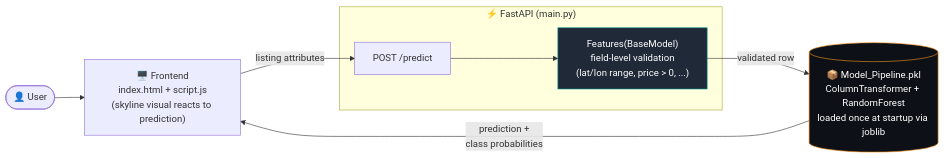
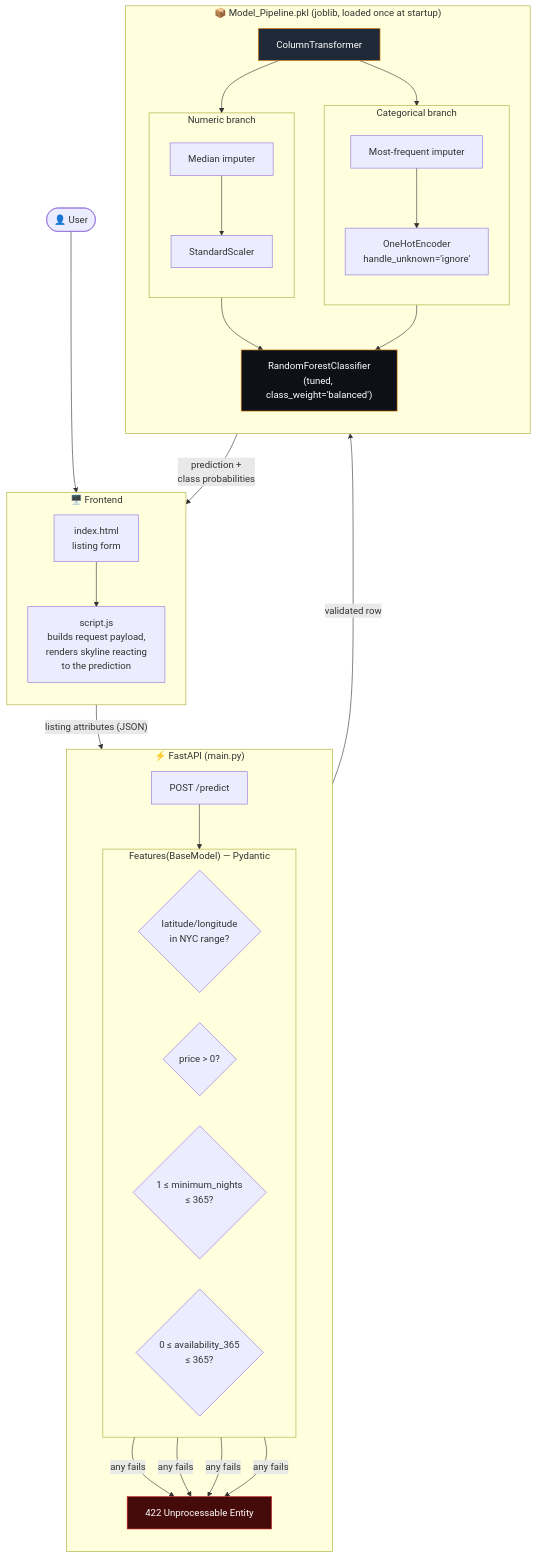
Before and after one commit to Debasish65368/NYC-Airbnb-Room-Type-Predictor: the first of 4 diagrams in Readme.md, drawn with Mermaid. The commit also changed other lines of this file, not shown here.

Commit message:
Enhance README diagrams and architecture documentation

````diff
--- a/Readme.md
+++ b/Readme.md
@@ -50,20 +50,57 @@
 ```mermaid
-flowchart LR
+flowchart TB
     User(["👤 User"])
-    FE["🖥️ Frontend\nindex.html + script.js\n(skyline visual reacts to prediction)"]
-
+    subgraph FE["🖥️ Frontend"]
+        direction TB
+        HTML["index.html\nlisting form"]
+        JS["script.js\nbuilds request payload,\nrenders skyline reacting\nto the prediction"]
+        HTML --> JS
+    end
+    
     subgraph API["⚡ FastAPI (main.py)"]
-        Pydantic["Features(BaseModel)\nfield-level validation\n(lat/lon range, price > 0, ...)"]
-        Predict["POST /predict"]
+        direction TB
+        Route["POST /predict"]
+        subgraph Validate["Features(BaseModel) — Pydantic"]
+            direction LR
+            V1{"latitude/longitude\nin NYC range?"}
+            V2{"price > 0?"}
+            V3{"1 ≤ minimum_nights\n≤ 365?"}
+            V4{"0 ≤ availability_365\n≤ 365?"}
+        end
+        Reject422["422 Unprocessable Entity"]
+        
+        Route --> Validate
+        V1 & V2 & V3 & V4 -- "any fails" --> Reject422
     end
-
-    Pipeline[("📦 Model_Pipeline.pkl\nColumnTransformer + RandomForest\nloaded once at startup via joblib")]
-
-    User --> FE -- "listing attributes" --> Predict
-    Predict --> Pydantic
-    Pydantic -- "validated row" --> Pipeline
-    Pipeline -- "prediction +\nclass probabilities" --> FE
-
-    style Pipeline fill:#0d1117,color:#fff,stroke:#F7931E
-    style Pydantic fill:#1f2937,color:#fff,stroke:#009688
+    
+    subgraph Pipeline["📦 Model_Pipeline.pkl (joblib, loaded once at startup)"]
+        direction TB
+        CT["ColumnTransformer"]
+        subgraph NumBranch["Numeric branch"]
+            direction TB
+            NImp["Median imputer"]
+            NScale["StandardScaler"]
+            NImp --> NScale
+        end
+        subgraph CatBranch["Categorical branch"]
+            direction TB
+            CImp["Most-frequent imputer"]
+            OHE["OneHotEncoder\nhandle_unknown='ignore'"]
+            CImp --> OHE
+        end
+        CT --> NumBranch
+        CT --> CatBranch
+        RF["RandomForestClassifier\n(tuned, class_weight='balanced')"]
+        NumBranch --> RF
+        CatBranch --> RF
+    end
+    
+    User --> FE
+    JS -- "listing attributes (JSON)" --> Route
+    Validate -- "validated row" --> CT
+    RF -- "prediction +\nclass probabilities" --> JS
+    
+    style Reject422 fill:#450a0a,color:#fff,stroke:#dc2626
+    style RF fill:#0d1117,color:#fff,stroke:#F7931E
+    style CT fill:#1f2937,color:#fff,stroke:#F7931E
 ```
````
